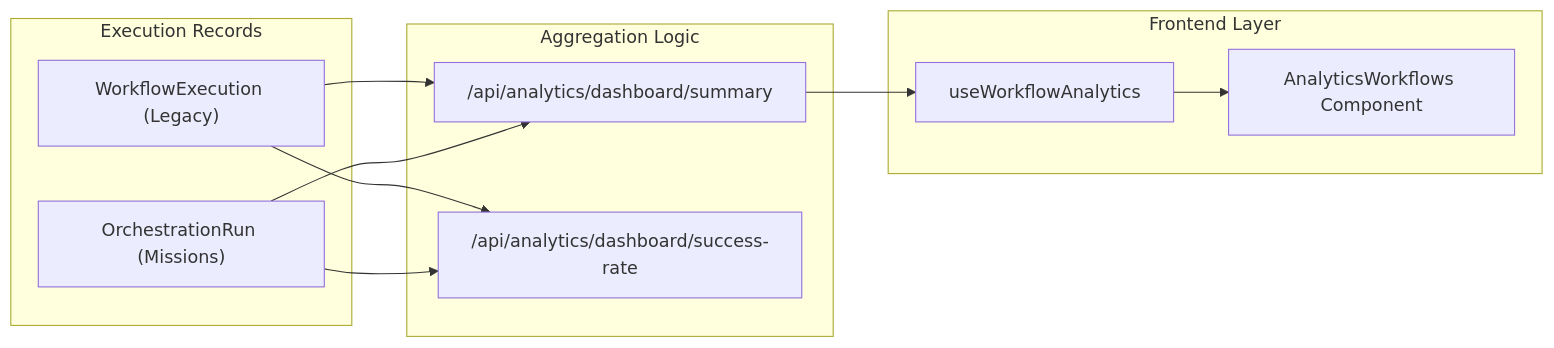
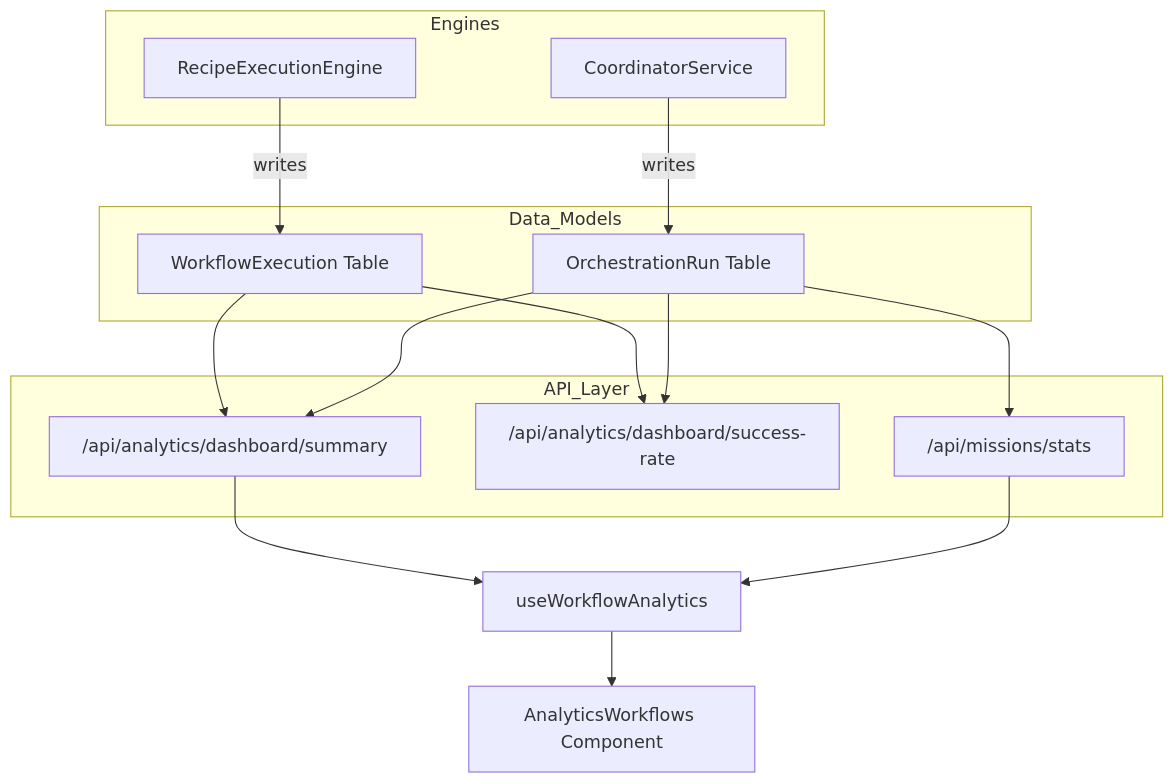
The second of 2 diagrams in docs/analytics-monitoring/agent-workflow-analytics.md (AutomatosAI/automatos-ai), drawn with Mermaid before and after one commit. The commit also changed other lines of this file and 153 other files, not shown here.

````diff
--- a/docs/analytics-monitoring/agent-workflow-analytics.md
+++ b/docs/analytics-monitoring/agent-workflow-analytics.md
@@ -96,25 +104,31 @@
 ```mermaid
-graph LR
-    subgraph "Execution Records"
-        WE["WorkflowExecution (Legacy)"]
-        OR["OrchestrationRun (Missions)"]
+graph TB
+    subgraph "Engines"
+        RecipeEng["RecipeExecutionEngine"]
+        MissionCoord["CoordinatorService"]
     end
-
-    subgraph "Aggregation Logic"
-        API_Summary["/api/analytics/dashboard/summary"]
-        API_Success["/api/analytics/dashboard/success-rate"]
+    
+    subgraph "Data_Models"
+        WFE["WorkflowExecution Table"]
+        OR["OrchestrationRun Table"]
     end
-
-    subgraph "Frontend Layer"
-        WF_Hook["useWorkflowAnalytics"]
-        WF_UI["AnalyticsWorkflows Component"]
+    
+    subgraph "API_Layer"
+        SummaryAPI["/api/analytics/dashboard/summary"]
+        SuccessAPI["/api/analytics/dashboard/success-rate"]
+        MissionStatsAPI["/api/missions/stats"]
     end
-
-    WE --> API_Summary
-    OR --> API_Summary
-    WE --> API_Success
-    OR --> API_Success
     
-    API_Summary --> WF_Hook
-    WF_Hook --> WF_UI
+    RecipeEng -->|writes| WFE
+    MissionCoord -->|writes| OR
+    
+    WFE --> SummaryAPI
+    OR --> SummaryAPI
+    WFE --> SuccessAPI
+    OR --> SuccessAPI
+    OR --> MissionStatsAPI
+    
+    SummaryAPI --> WfHook["useWorkflowAnalytics"]
+    MissionStatsAPI --> WfHook
+    WfHook --> WfUI["AnalyticsWorkflows Component"]
 ```
````
